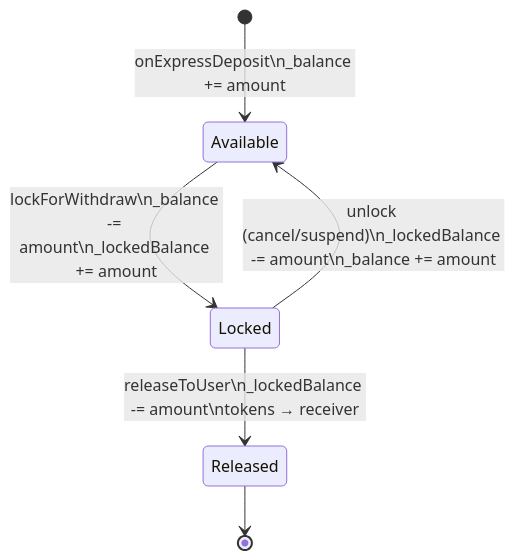
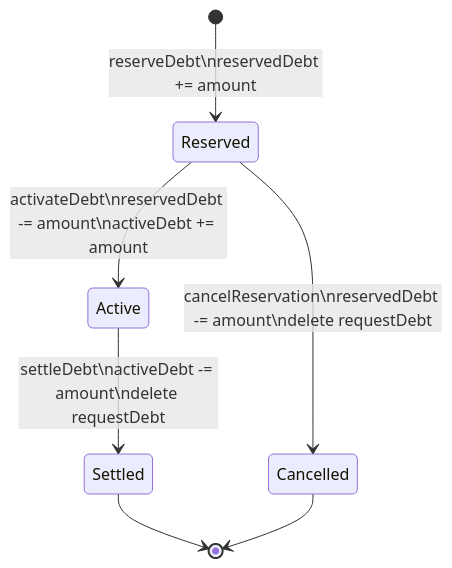
One commit to SYMM-IO/perps-core changed diagram 21 of 33 in docs/v0.8.6/express-bot-operations-checklist.md. Above: the diagram before and after it, drawn with Mermaid. The commit also changed other lines of this file and 9 other files, not shown here.

````diff
--- a/docs/v0.8.6/express-bot-operations-checklist.md
+++ b/docs/v0.8.6/express-bot-operations-checklist.md
@@ -2857,12 +2498,13 @@
 ```mermaid
 stateDiagram-v2
-    [*] --> Available : onExpressDeposit\n_balance += amount
+    [*] --> Reserved : reserveDebt\nreservedDebt += amount
 
-    Available --> Locked : lockForWithdraw\n_balance -= amount\n_lockedBalance += amount
+    Reserved --> Active : activateDebt\nreservedDebt -= amount\nactiveDebt += amount
 
-    Locked --> Released : releaseToUser\n_lockedBalance -= amount\ntokens → receiver
+    Active --> Settled : settleDebt\nactiveDebt -= amount\ndelete requestDebt
 
-    Locked --> Available : unlock (cancel/suspend)\n_lockedBalance -= amount\n_balance += amount
+    Reserved --> Cancelled : cancelReservation\nreservedDebt -= amount\ndelete requestDebt
 
-    Released --> [*]
+    Settled --> [*]
+    Cancelled --> [*]
 ```
````
